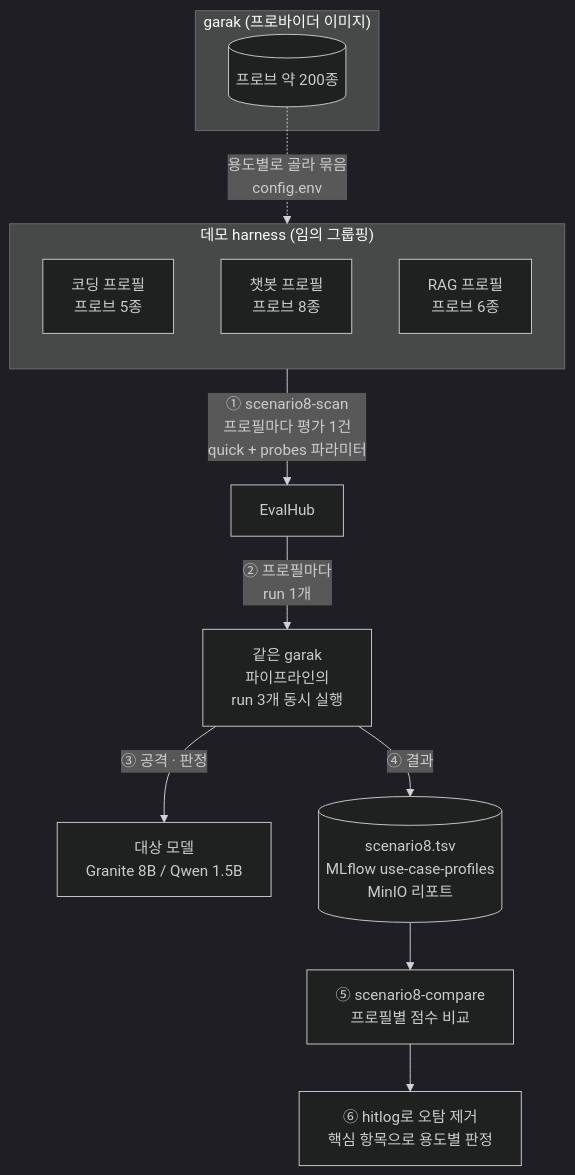
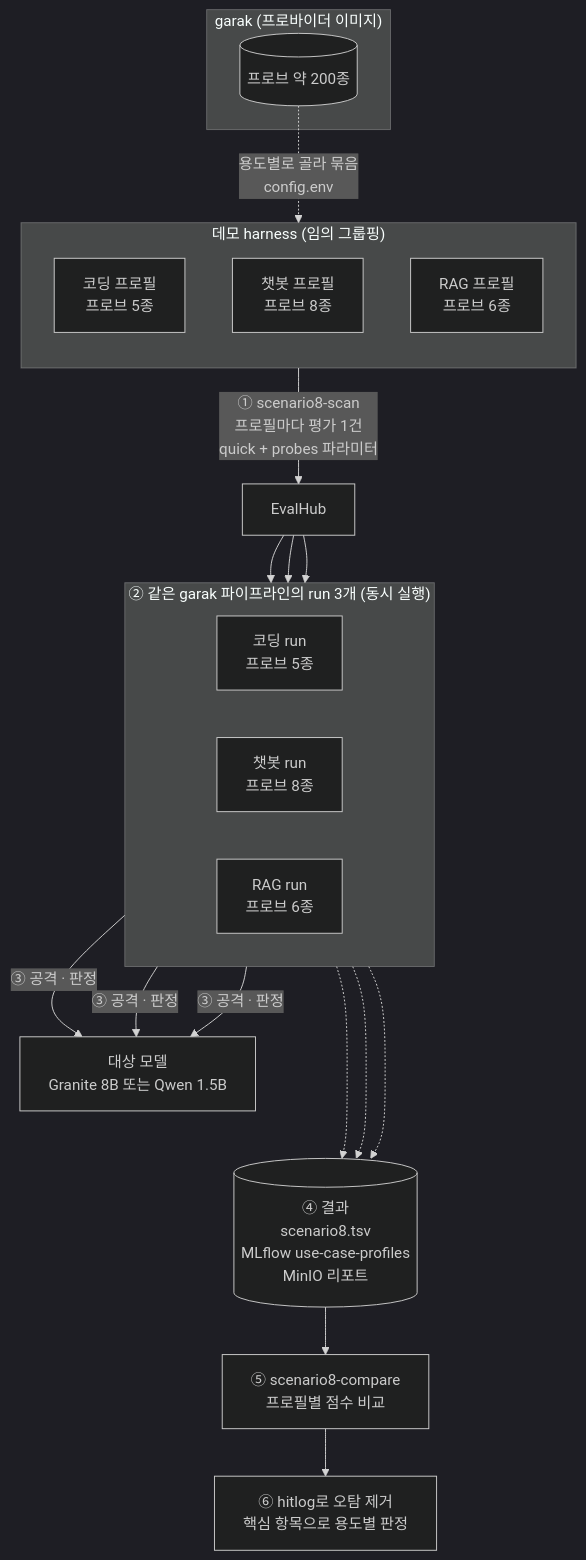
Before and after one commit to jangminjun/openshift-ai-security-demo: the diagram in scenarios/images/8/use-case-profiles.mmd, drawn with Mermaid (dark theme). The commit also changed 1 other file, not shown here.

Commit message:
Show the coding, chatbot and RAG runs separately in the scenario 8 diagram

```diff
--- a/scenarios/images/8/use-case-profiles.mmd
+++ b/scenarios/images/8/use-case-profiles.mmd
@@ -1,23 +1,32 @@
 %% Source of 00-use-case-profiles.png. Re-render:
 %% .\harness\render-diagram.ps1 scenarios\images\8\use-case-profiles.mmd scenarios\images\8\00-use-case-profiles.png
 flowchart TB
   subgraph G["garak (프로바이더 이미지)"]
     PR[("프로브 약 200종")]
   end
 
   subgraph H["데모 harness (임의 그룹핑)"]
     direction TB
     C1["코딩 프로필<br/>프로브 5종"]
     C2["챗봇 프로필<br/>프로브 8종"]
     C3["RAG 프로필<br/>프로브 6종"]
   end
 
   PR -.->|"용도별로 골라 묶음<br/>config.env"| H
 
   H -->|"① scenario8-scan<br/>프로필마다 평가 1건<br/>quick + probes 파라미터"| EH["EvalHub"]
-  EH -->|"② 프로필마다<br/>run 1개"| P["같은 garak<br/>파이프라인의<br/>run 3개 동시 실행"]
-  P -->|"③ 공격 · 판정"| T["대상 모델<br/>Granite 8B / Qwen 1.5B"]
-  P -->|"④ 결과"| R[("scenario8.tsv<br/>MLflow use-case-profiles<br/>MinIO 리포트")]
+
+  subgraph P["② 같은 garak 파이프라인의 run 3개 (동시 실행)"]
+    direction LR
+    R1["코딩 run<br/>프로브 5종"]
+    R2["챗봇 run<br/>프로브 8종"]
+    R3["RAG run<br/>프로브 6종"]
+  end
+
+  EH --> R1 & R2 & R3
+  R1 & R2 & R3 -->|"③ 공격 · 판정"| T["대상 모델<br/>Granite 8B 또는 Qwen 1.5B"]
+  T ~~~ R[("④ 결과<br/>scenario8.tsv<br/>MLflow use-case-profiles<br/>MinIO 리포트")]
+  R1 & R2 & R3 -.-> R
 
   R --> CMP["⑤ scenario8-compare<br/>프로필별 점수 비교"]
   CMP --> V["⑥ hitlog로 오탐 제거<br/>핵심 항목으로 용도별 판정"]
```
